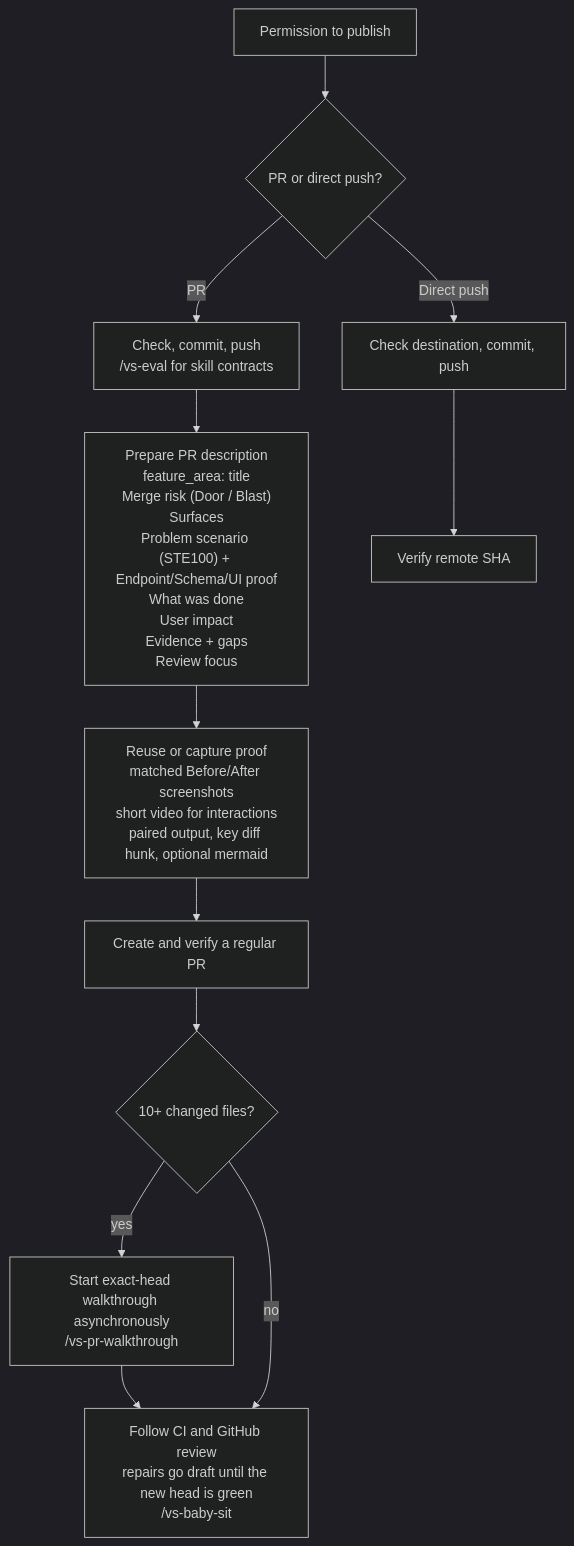
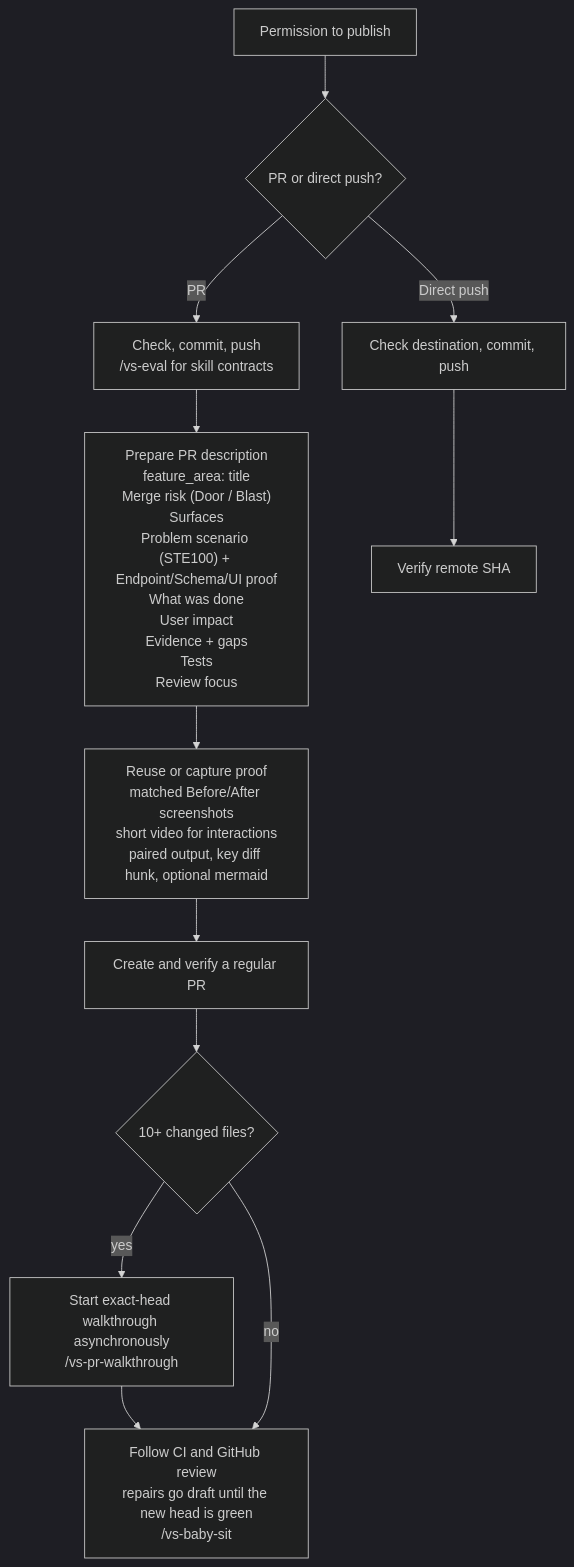
One commit to vltansky/vs changed the fourth of 4 diagrams in README.md. Above: the diagram before and after it, drawn with Mermaid (dark theme). The commit also changed 10 other files, not shown here.

````diff
--- a/README.md
+++ b/README.md
@@ -103,11 +103,11 @@
 ```mermaid
 flowchart TD
     I[Permission to publish] --> D{PR or direct push?}
     D -- PR --> C["Check, commit, push<br/>/vs-eval for skill contracts"]
-    C --> B["Prepare PR description<br/>feature_area: title<br/>Merge risk (Door / Blast)<br/>Surfaces<br/>Problem scenario (STE100) + Endpoint/Schema/UI proof<br/>What was done<br/>User impact<br/>Evidence + gaps<br/>Review focus"]
+    C --> B["Prepare PR description<br/>feature_area: title<br/>Merge risk (Door / Blast)<br/>Surfaces<br/>Problem scenario (STE100) + Endpoint/Schema/UI proof<br/>What was done<br/>User impact<br/>Evidence + gaps<br/>Tests<br/>Review focus"]
     B --> M["Reuse or capture proof<br/>matched Before/After screenshots<br/>short video for interactions<br/>paired output, key diff hunk, optional mermaid"]
     M --> O[Create and verify a regular PR] --> L{10+ changed files?}
     L -- yes --> T["Start exact-head walkthrough asynchronously<br/>/vs-pr-walkthrough"] --> W["Follow CI and GitHub review<br/>repairs go draft until the new head is green<br/>/vs-baby-sit"]
     L -- no --> W
     D -- Direct push --> F[Check destination, commit, push] --> S[Verify remote SHA]
 ```
````
